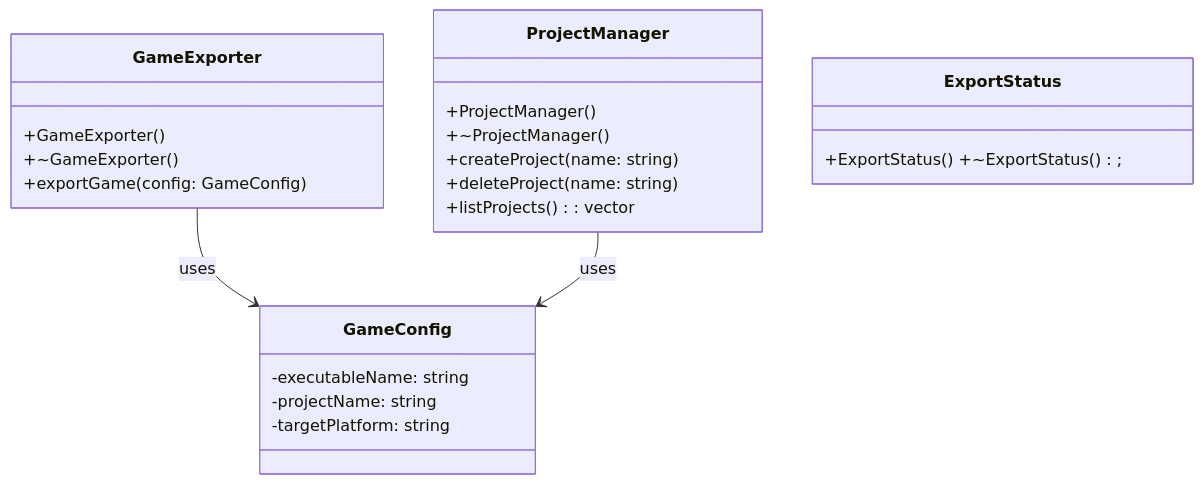
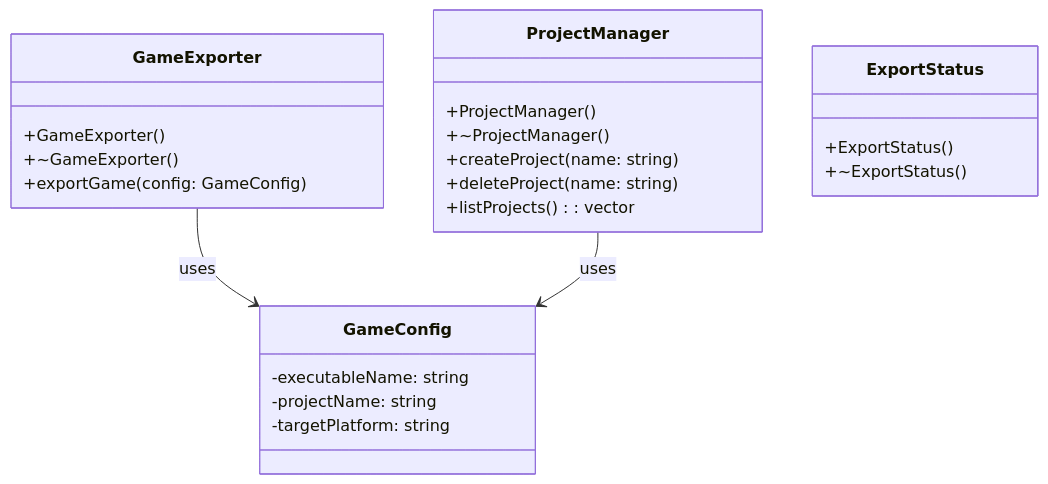
The tenth of 11 diagrams in doc/uml/DiagramaClases.eng.md (FunshiEngine/FunshiEngineOpenGL), drawn with Mermaid before and after one commit. The commit also changed other lines of this file and 3 other files, not shown here.

First line of the commit message:
docs(uml): fix remaining mermaid parse errors and split inline members

````diff
--- a/doc/uml/DiagramaClases.eng.md
+++ b/doc/uml/DiagramaClases.eng.md
@@ -704,24 +786,27 @@
 ```mermaid
 classDiagram
     class GameExporter {
         +GameExporter()
         +~GameExporter()
         +exportGame(config: GameConfig)
     }
     class GameConfig {
         -executableName: string
         -projectName: string
         -targetPlatform: string
     }
     class ProjectManager {
         +ProjectManager()
         +~ProjectManager()
         +createProject(name: string)
         +deleteProject(name: string)
         +listProjects(): vector<string>
     }
-    class ExportStatus { +ExportStatus() +~ExportStatus(); }
+    class ExportStatus {
+        +ExportStatus()
+        +~ExportStatus()
+    }
 
     GameExporter --> GameConfig : uses
     ProjectManager --> GameConfig : uses
 ```
````
